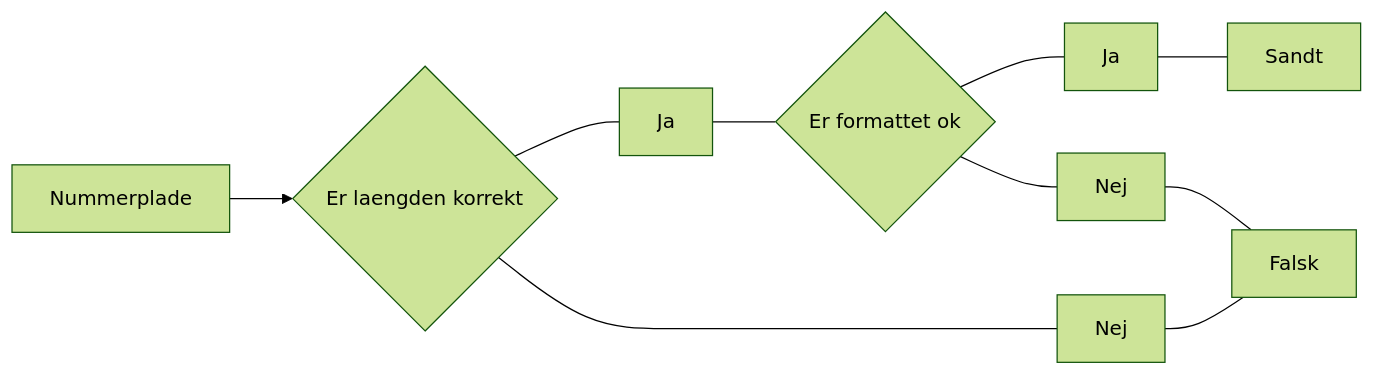
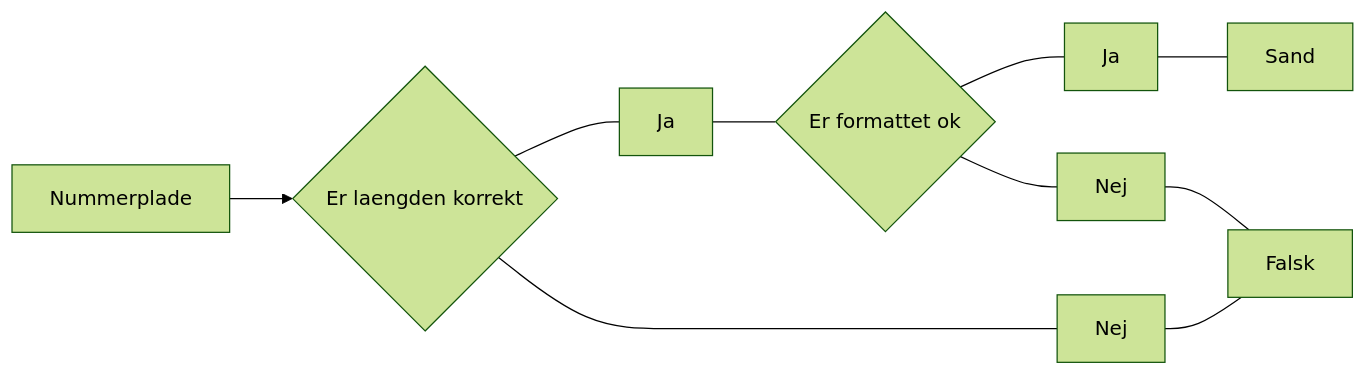
One commit to TRG-BUILD/VTT6 changed the diagram in nummerplade/readme.md. Above: the diagram before and after it, drawn with Mermaid (forest theme).

````diff
--- a/nummerplade/readme.md
+++ b/nummerplade/readme.md
@@ -19,15 +19,15 @@
 ```mermaid
 flowchart LR;
     A[Nummerplade];
     C{Er laengden korrekt} ;
     D{Er formattet ok};
     F[Falsk];
-    T[Sandt]
+    T[Sand]
     A-->C;
     C --- k[Ja] --- D;
     C --- L[Nej] --- F;
     D --- M[Ja] --- T;
     D --- N[Nej] --- F
     
     
 ```
````
